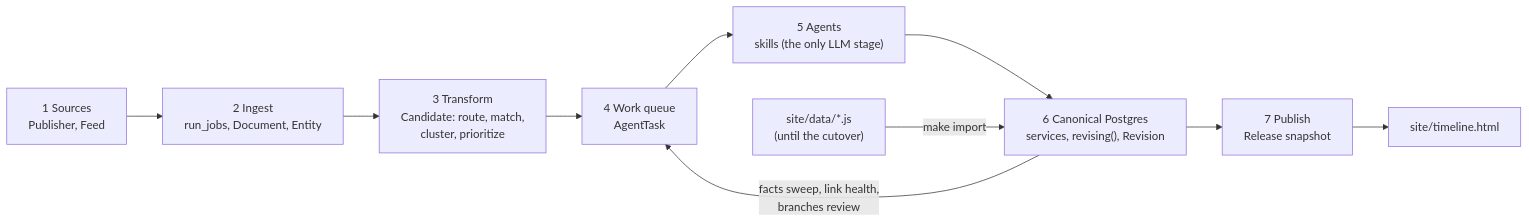
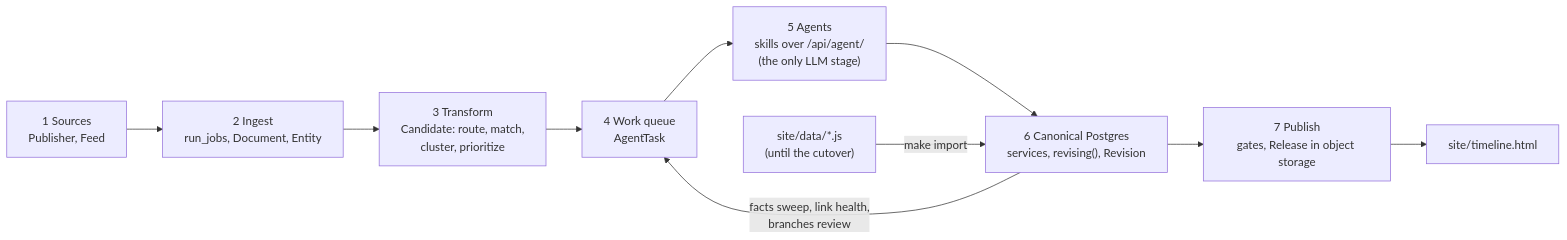
Before and after one commit to dimays/humanitributary: the diagram in docs/guide/architecture.md, drawn with Mermaid. The commit also changed other lines of this file and 12 other files, not shown here.

First line of the commit message:
Guide: object storage, the worker, the agent API, release gates and the single-source marker

````diff
--- a/docs/guide/architecture.md
+++ b/docs/guide/architecture.md
@@ -22,12 +22,12 @@
 ```mermaid
 flowchart LR
     S["1 Sources<br/>Publisher, Feed"] --> I["2 Ingest<br/>run_jobs, Document, Entity"]
     I --> T["3 Transform<br/>Candidate: route, match,<br/>cluster, prioritize"]
     T --> Q["4 Work queue<br/>AgentTask"]
-    Q --> A["5 Agents<br/>skills (the only LLM stage)"]
+    Q --> A["5 Agents<br/>skills over /api/agent/<br/>(the only LLM stage)"]
     A --> C["6 Canonical Postgres<br/>services, revising(), Revision"]
     L["site/data/*.js<br/>(until the cutover)"] -- "make import" --> C
     C -- "facts sweep, link health,<br/>branches review" --> Q
-    C --> P["7 Publish<br/>Release snapshot"]
+    C --> P["7 Publish<br/>gates, Release in object storage"]
     P --> W["site/timeline.html"]
 ```
````
